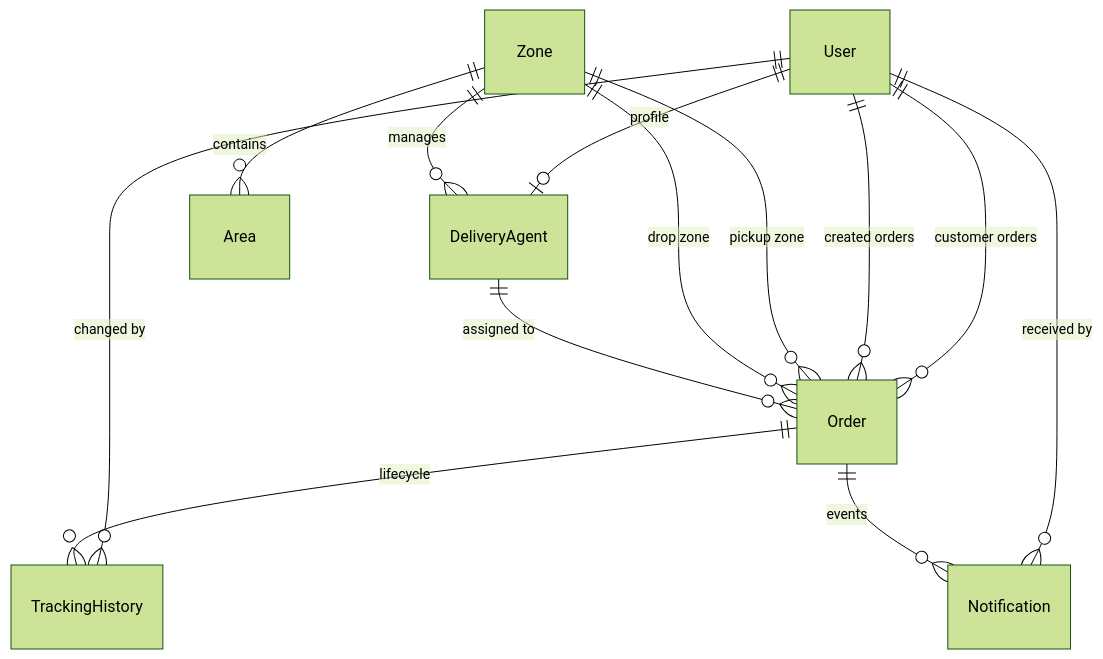
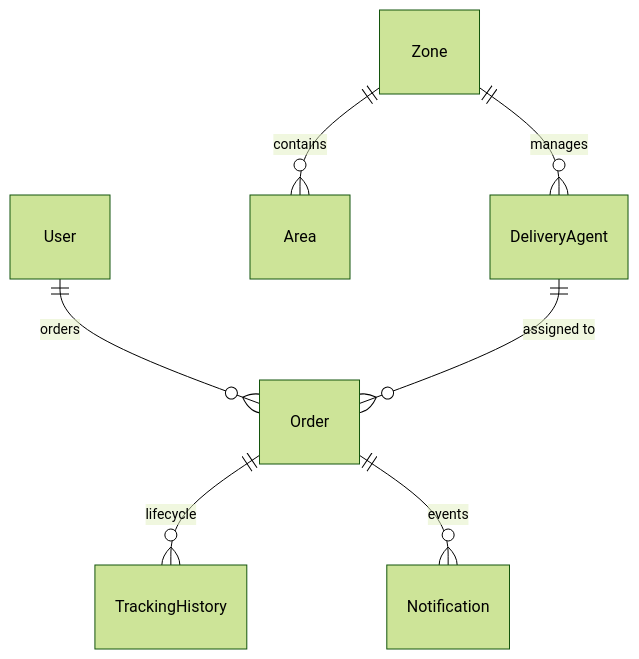
The diagram in system_design.md (Abhirajverma12/LastMileUS), drawn with Mermaid (forest theme) before and after one commit. The commit also changed other lines of this file, not shown here.

Commit message:
docs: trim system design word count and clarify same-zone matching

````diff
--- a/system_design.md
+++ b/system_design.md
@@ -42,18 +31,9 @@
 ```mermaid
 erDiagram
-    User ||--o| DeliveryAgent : "profile"
-    User ||--o{ Order : "customer orders"
-    User ||--o{ Order : "created orders"
-    User ||--o{ TrackingHistory : "changed by"
-    User ||--o{ Notification : "received by"
-    
+    User ||--o{ Order : "orders"
     Zone ||--o{ Area : "contains"
     Zone ||--o{ DeliveryAgent : "manages"
-    Zone ||--o{ Order : "pickup zone"
-    Zone ||--o{ Order : "drop zone"
-    
     DeliveryAgent ||--o{ Order : "assigned to"
-    
     Order ||--o{ TrackingHistory : "lifecycle"
     Order ||--o{ Notification : "events"
 ```
````
